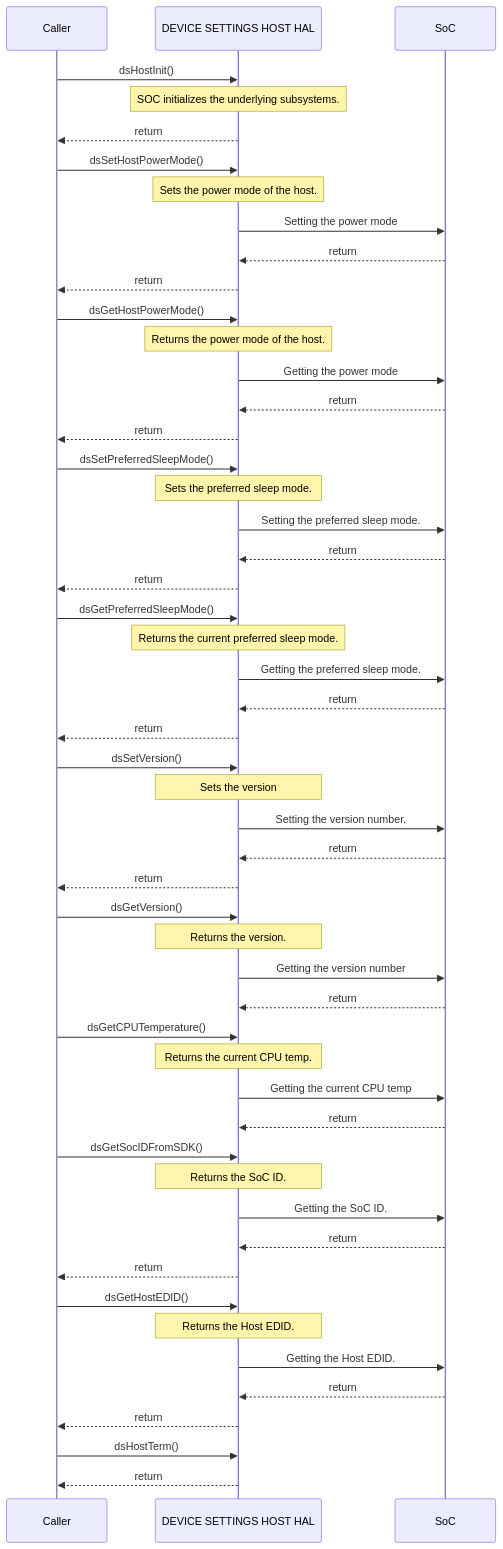
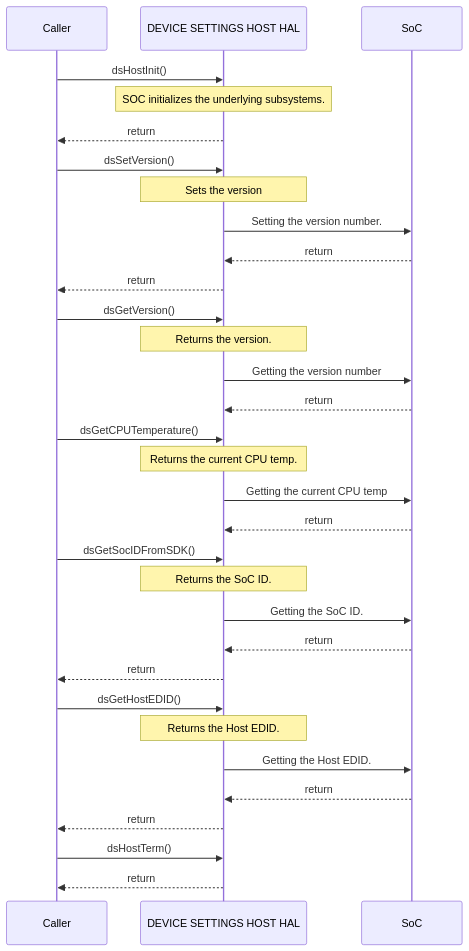
Before and after one commit to rdkcentral/rdk-halif-device_settings: the second of 2 diagrams in docs/pages/dsHost_halSpec.md, drawn with Mermaid. The commit also changed other lines of this file and 1 other file, not shown here.

Commit message:
Reason for change: Updating the documentation for dsDisplay.h, dsAudio.h, and dsFPD.h Test Procedure: None Risks: Low Priority: P1  Signed-off-by: Gfeller, Hayden (Contractor) Hayden_Gfeller@comcast.com
Reason for change:
Updating the documentation for the dsHost halSpec.
Test Procedure: None
Risks: Low
Priority: P1

````diff
--- a/docs/pages/dsHost_halSpec.md
+++ b/docs/pages/dsHost_halSpec.md
@@ -164,55 +164,35 @@
 ```mermaid
 %%{ init : { "theme" : "default", "flowchart" : { "curve" : "stepBefore" }}}%%
    sequenceDiagram
     participant Caller as Caller
     participant HAL as DEVICE SETTINGS HOST HAL
     participant Driver as SoC
     Caller->>HAL:dsHostInit()
     Note over HAL: SOC initializes the underlying subsystems.
-    HAL-->>Caller:return
-    Caller->>HAL:dsSetHostPowerMode()
-    Note over HAL: Sets the power mode of the host.
-    HAL->>Driver:Setting the power mode
-    Driver-->>HAL:return
-    HAL-->>Caller:return
-    Caller->>HAL:dsGetHostPowerMode()
-    Note over HAL: Returns the power mode of the host.
-    HAL->>Driver:Getting the power mode
-    Driver-->>HAL:return
-    HAL-->>Caller:return
-    Caller->>HAL:dsSetPreferredSleepMode()
-    Note over HAL: Sets the preferred sleep mode.
-    HAL->>Driver:Setting the preferred sleep mode.
-    Driver-->>HAL:return
-    HAL-->>Caller:return
-    Caller->>HAL:dsGetPreferredSleepMode()
-    Note over HAL: Returns the current preferred sleep mode.
-    HAL->>Driver:Getting the preferred sleep mode.
-    Driver-->>HAL:return
     HAL-->>Caller:return
     Caller->>HAL:dsSetVersion()
     Note over HAL: Sets the version
     HAL->>Driver:Setting the version number.
     Driver-->>HAL:return
     HAL-->>Caller:return
     Caller->>HAL:dsGetVersion()
     Note over HAL: Returns the version.
     HAL->>Driver:Getting the version number
     Driver-->>HAL:return
     Caller->>HAL:dsGetCPUTemperature()
     Note over HAL: Returns the current CPU temp.
     HAL->>Driver:Getting the current CPU temp
     Driver-->>HAL:return
     Caller->>HAL:dsGetSocIDFromSDK()
     Note over HAL: Returns the SoC ID.
     HAL->>Driver:Getting the SoC ID.
     Driver-->>HAL:return
     HAL-->>Caller:return
     Caller->>HAL:dsGetHostEDID()
     Note over HAL: Returns the Host EDID.
     HAL->>Driver:Getting the Host EDID.
     Driver-->>HAL:return
     HAL-->>Caller:return
     Caller ->>HAL:dsHostTerm()
     HAL-->>Caller:return
  ```
````
